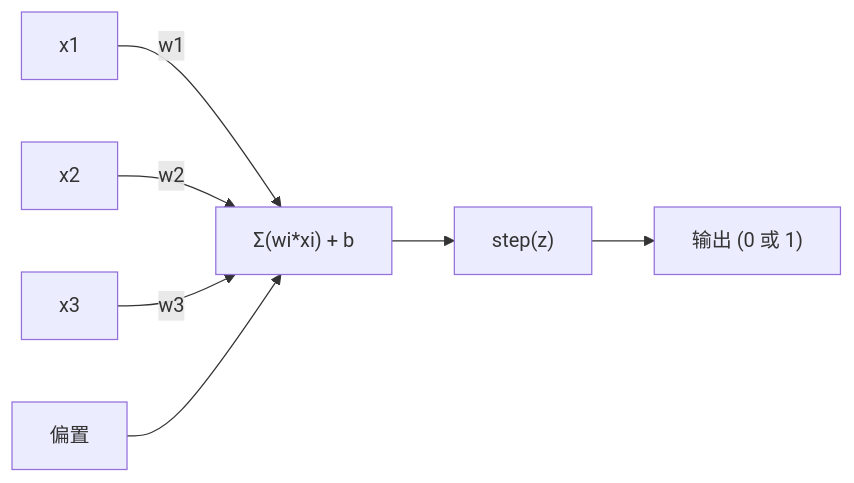
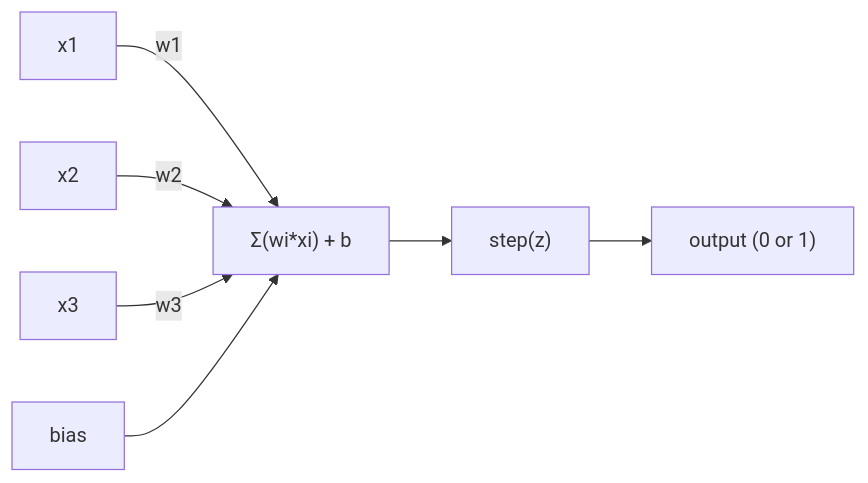
The first of 2 diagrams in i18n/zh/phases/03-deep-learning-core/01-the-perceptron/docs/zh.md (xiaojiaenen/ai-engineering-from-scratch-zh), drawn with Mermaid before and after one commit. The commit also changed other lines of this file and 13 other files, not shown here.

````diff
--- a/i18n/zh/phases/03-deep-learning-core/01-the-perceptron/docs/zh.md
+++ b/i18n/zh/phases/03-deep-learning-core/01-the-perceptron/docs/zh.md
@@ -31,9 +31,9 @@
 ```mermaid
 graph LR
     x1["x1"] -- "w1" --> sum["Σ(wi*xi) + b"]
     x2["x2"] -- "w2" --> sum
     x3["x3"] -- "w3" --> sum
-    bias["偏置"] --> sum
+    bias["bias"] --> sum
     sum --> step["step(z)"]
-    step --> out["输出 (0 或 1)"]
+    step --> out["output (0 or 1)"]
 ```
````
